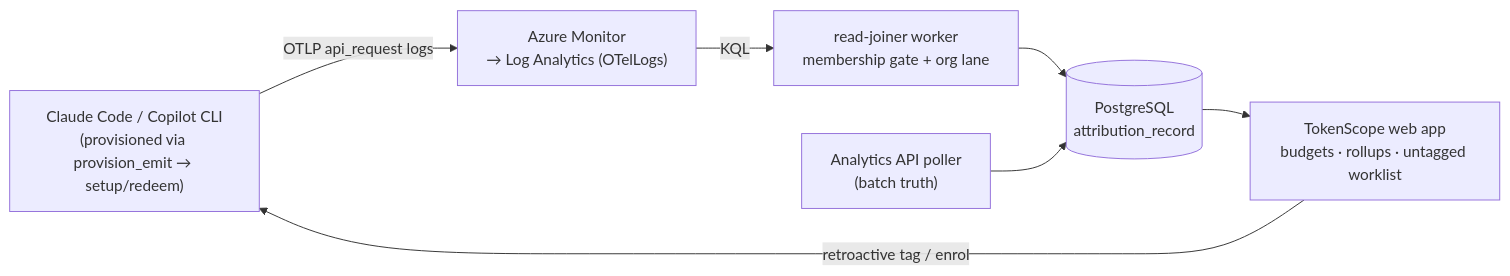
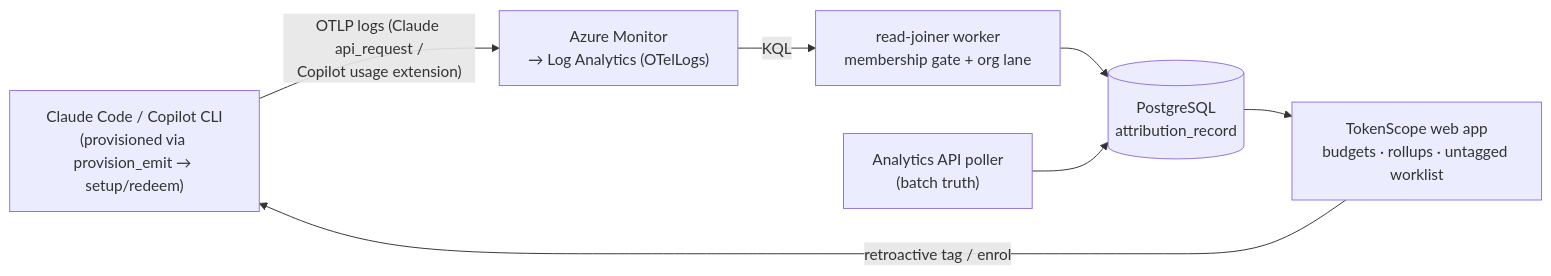
Before and after one commit to Insight-Services-APAC/tokenscope-public: the diagram in docs/wiki/Home.md, drawn with Mermaid. The commit also changed other lines of this file and 66 other files, not shown here.

````diff
--- a/docs/wiki/Home.md
+++ b/docs/wiki/Home.md
@@ -22,16 +22,16 @@
 ```mermaid
 flowchart LR
     CC["Claude Code / Copilot CLI<br/>(provisioned via provision_emit → setup/redeem)"]
     AM["Azure Monitor<br/>→ Log Analytics (OTelLogs)"]
     JOIN["read-joiner worker<br/>membership gate + org lane"]
     DB[("PostgreSQL<br/>attribution_record")]
     APP["TokenScope web app<br/>budgets · rollups · untagged worklist"]
     POLL["Analytics API poller<br/>(batch truth)"]
 
-    CC -- "OTLP api_request logs" --> AM
+    CC -- "OTLP logs (Claude api_request /<br/>Copilot usage extension)" --> AM
     AM -- "KQL" --> JOIN
     JOIN --> DB
     POLL --> DB
     DB --> APP
     APP -- "retroactive tag / enrol" --> CC
 ```
````
